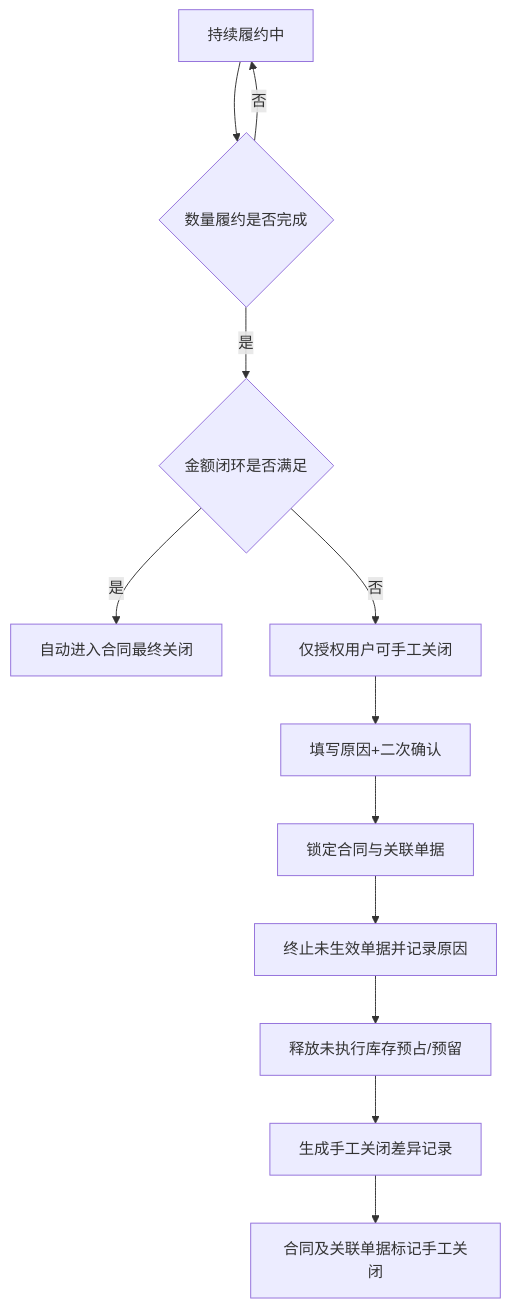
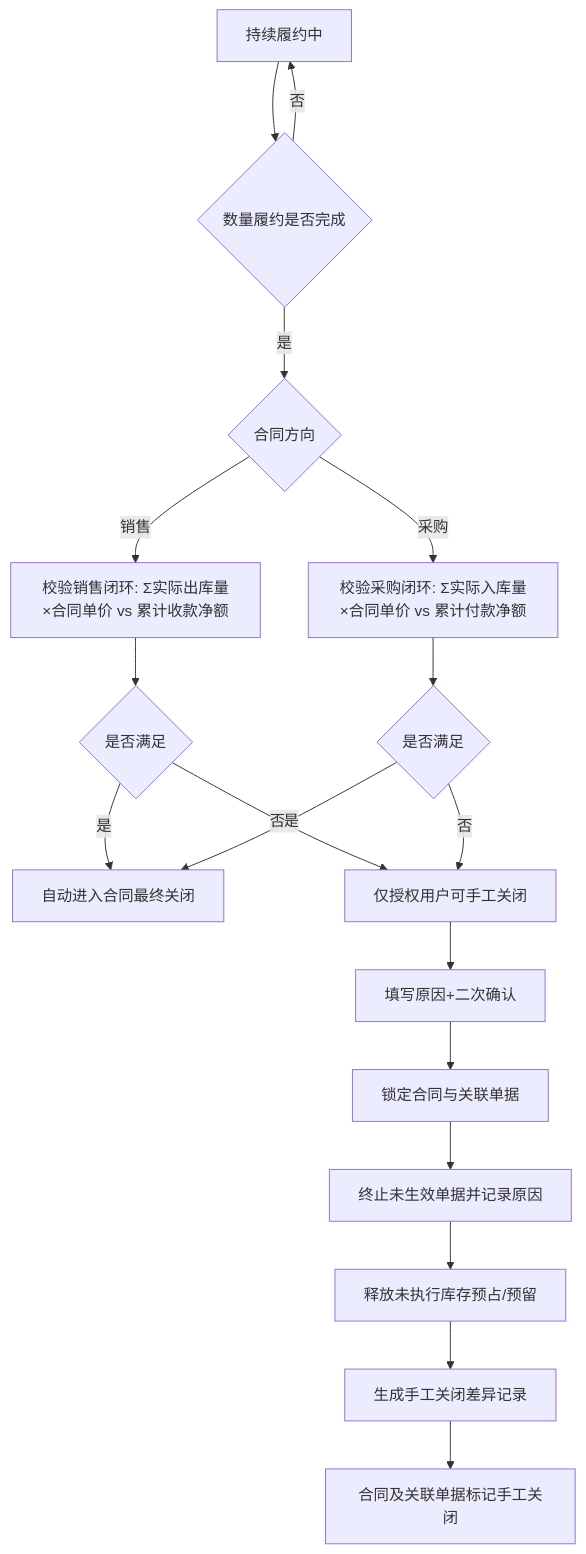
The fifth of 11 diagrams in docs/V6阶段A-流程图状态机与UI原型清单.md (nancyxjp2019/jgport-supply), drawn with Mermaid before and after one commit. The commit also changed other lines of this file and 1 other file, not shown here.

````diff
--- a/docs/V6阶段A-流程图状态机与UI原型清单.md
+++ b/docs/V6阶段A-流程图状态机与UI原型清单.md
@@ -80,14 +89,20 @@
 ```mermaid
 flowchart TD
     A[持续履约中] --> B{数量履约是否完成}
     B -->|否| A
-    B -->|是| C{金额闭环是否满足}
-    C -->|是| D[自动进入合同最终关闭]
-    C -->|否| E[仅授权用户可手工关闭]
-    E --> F[填写原因+二次确认]
-    F --> G[锁定合同与关联单据]
-    G --> H[终止未生效单据并记录原因]
-    H --> I[释放未执行库存预占/预留]
-    I --> J[生成手工关闭差异记录]
-    J --> K[合同及关联单据标记手工关闭]
+    B -->|是| C{合同方向}
+    C -->|销售| D[校验销售闭环: Σ实际出库量×合同单价 vs 累计收款净额]
+    C -->|采购| E[校验采购闭环: Σ实际入库量×合同单价 vs 累计付款净额]
+    D --> D1{是否满足}
+    E --> E1{是否满足}
+    D1 -->|是| F[自动进入合同最终关闭]
+    E1 -->|是| F
+    D1 -->|否| G[仅授权用户可手工关闭]
+    E1 -->|否| G
+    G --> H[填写原因+二次确认]
+    H --> I[锁定合同与关联单据]
+    I --> J[终止未生效单据并记录原因]
+    J --> K[释放未执行库存预占/预留]
+    K --> L[生成手工关闭差异记录]
+    L --> M[合同及关联单据标记手工关闭]
 ```
````
